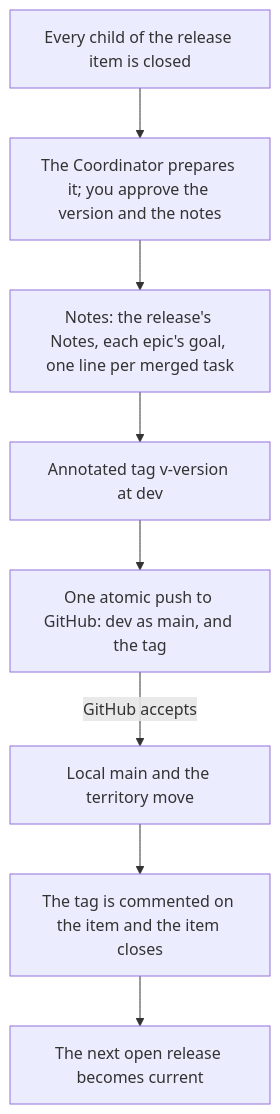
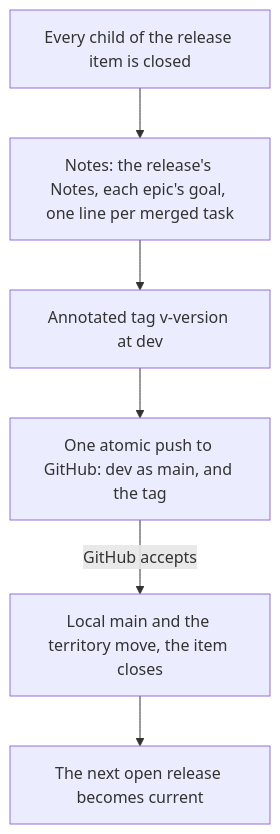
One commit to Kealman/cland-v0 changed the fourth of 4 diagrams in site/src/content/docs/docs/verification-and-release.mdx. Above: the diagram before and after it, drawn with Mermaid. The commit also changed other lines of this file and 3 other files, not shown here.

First line of the commit message:
Site: the release path as a branched diagram, idea to GitHub

````diff
--- a/site/src/content/docs/docs/verification-and-release.mdx
+++ b/site/src/content/docs/docs/verification-and-release.mdx
@@ -249,11 +276,9 @@
 ```mermaid
-%% What happens when a release is published, in order
+%% What cland release does once you approve
 flowchart TD
-  A["Every child of the release item is closed"] --> B["The Coordinator prepares it; you approve the version and the notes"]
-  B --> C["Notes: the release's Notes, each epic's goal, one line per merged task"]
+  A["Every child of the release item is closed"] --> C["Notes: the release's Notes, each epic's goal, one line per merged task"]
   C --> D["Annotated tag v-version at dev"]
   D --> E["One atomic push to GitHub: dev as main, and the tag"]
-  E -- GitHub accepts --> F["Local main and the territory move"]
-  F --> G["The tag is commented on the item and the item closes"]
-  G --> H["The next open release becomes current"]
+  E -- GitHub accepts --> F["Local main and the territory move, the item closes"]
+  F --> H["The next open release becomes current"]
 ```
````
